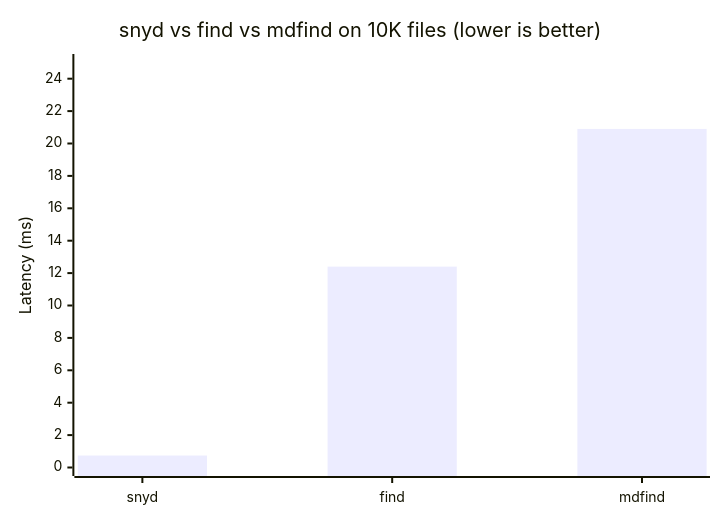
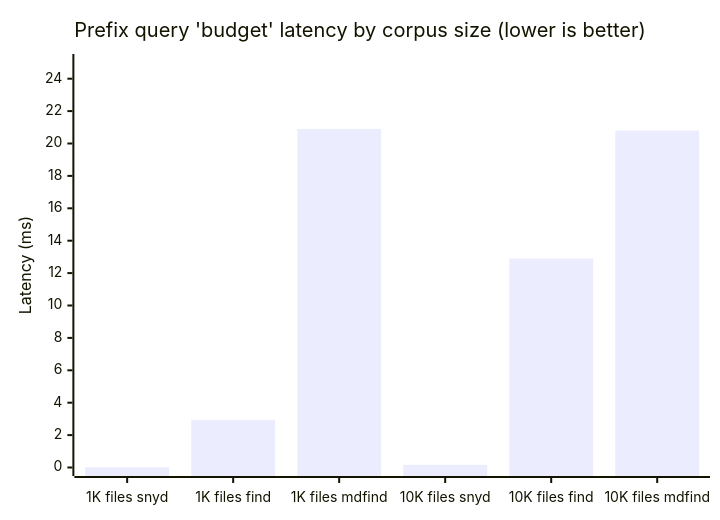
Before and after one commit to williamcachamwri/snyd: the fourth of 6 diagrams in README.md, drawn with Mermaid. The commit also changed other lines of this file and 1 other file, not shown here.

First line of the commit message:
bench: comprehensive head-to-head snyd vs find vs mdfind + README update

````diff
--- a/README.md
+++ b/README.md
@@ -101,7 +123,7 @@
 ```mermaid
 xychart-beta
-    title "snyd vs find vs mdfind on 10K files (lower is better)"
-    x-axis ["snyd", "find", "mdfind"]
+    title "Prefix query 'budget' latency by corpus size (lower is better)"
+    x-axis ["1K files snyd", "1K files find", "1K files mdfind", "10K files snyd", "10K files find", "10K files mdfind"]
     y-axis "Latency (ms)" 0 --> 25
-    bar [0.74, 12.4, 20.9]
+    bar [0.017, 2.94, 20.9, 0.162, 12.9, 20.8]
 ```
````
